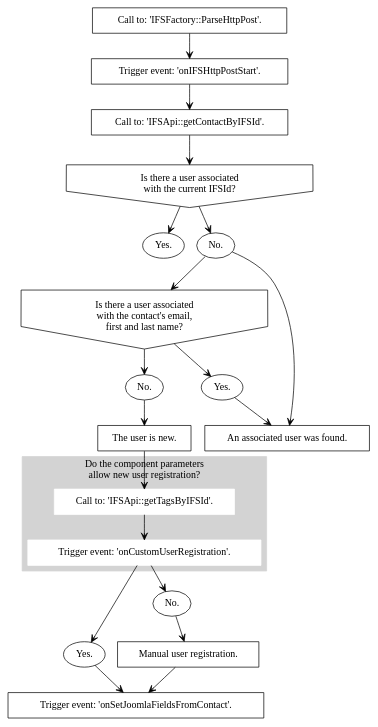
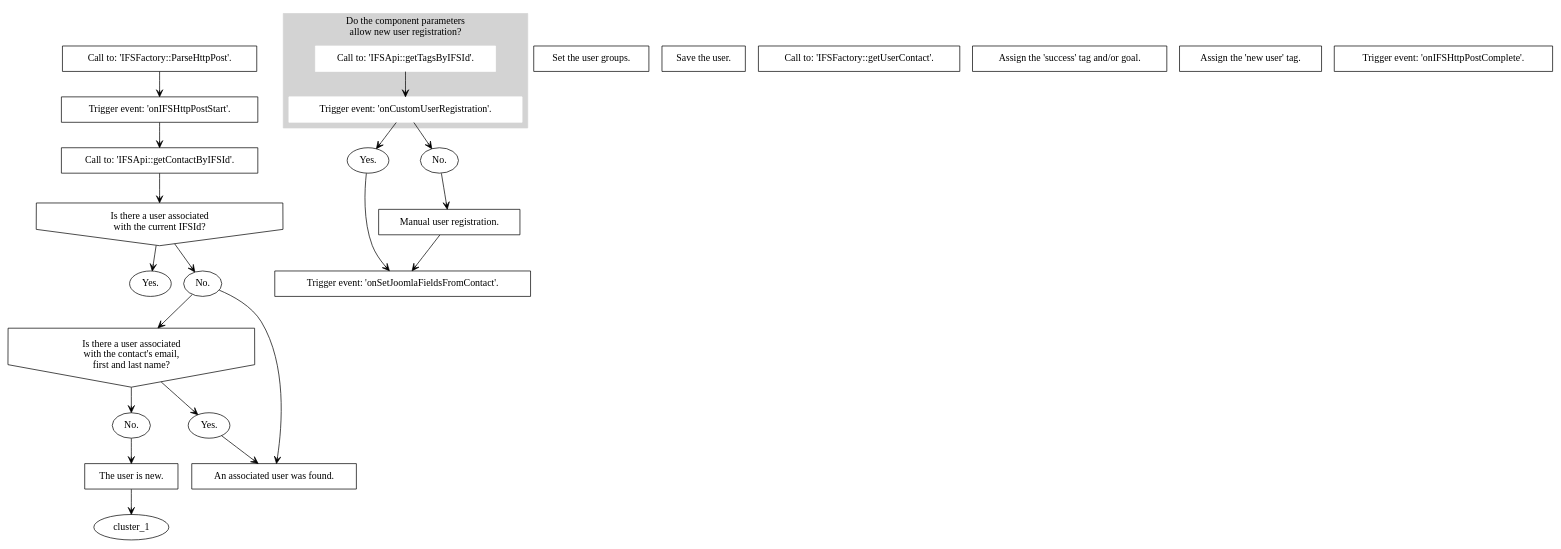
One commit to treste91/JoomFuse changed the diagram in docs/procedures/register_user.rst. Above: the diagram before and after it, drawn with Graphviz.

```diff
--- a/docs/procedures/register_user.rst
+++ b/docs/procedures/register_user.rst
@@ -4,50 +4,56 @@
 .. graphviz::
 
    digraph {
    
       1 [label="Call to: 'IFSFactory::ParseHttpPost'." shape=rectangle]
       2 [label="Trigger event: 'onIFSHttpPostStart'." shape=rectangle]
       3 [label="Call to: 'IFSApi::getContactByIFSId'." shape=rectangle]
       4 [label="Is there a user associated\n with the current IFSId?" shape=invhouse]
       5 [label="Yes." shape=oval]
       6 [label="No." shape=oval]
       7 [label="Is there a user associated\n with the contact's email,\n first and last name?" shape=invhouse]
       8 [label="Yes." shape=oval]
       9 [label="An associated user was found." shape=rectangle]
       10 [label="No." shape=oval]
       11 [label="The user is new." shape=rectangle]
       
       subgraph cluster_1 {
          style=filled;
          color=lightgrey;
 		   node [style=filled,color=white];
          label="Do the component parameters\n allow new user registration?"
          12 [label="Call to: 'IFSApi::getTagsByIFSId'." shape=rectangle]
          13 [label="Trigger event: 'onCustomUserRegistration'." shape=rectangle]
       }
       
       14 [label="Yes." shape=oval]
       15 [label="No." shape=oval]
       16 [label="Manual user registration." shape=rectangle]
-      17 [label="Trigger event: 'onSetJoomlaFieldsFromContact'." shape=rectangle]      
+      17 [label="Trigger event: 'onSetJoomlaFieldsFromContact'." shape=rectangle]
+      18 [label="Set the user groups." shape=rectangle]
+      19 [label="Save the user." shape=rectangle]
+      20 [label="Call to: 'IFSFactory::getUserContact'." shape=rectangle]
+      21 [label="Assign the 'success' tag and/or goal." shape=rectangle]
+      22 [label="Assign the 'new user' tag." shape=rectangle]
+      23 [label="Trigger event: 'onIFSHttpPostComplete'." shape=rectangle]
       
       
       1 -> 2 [arrowhead=vee arrowsize=1]
       2 -> 3 [arrowhead=vee arrowsize=1]
       3 -> 4 [arrowhead=vee arrowsize=1]
       4 -> 5 [arrowhead=vee arrowsize=1]
       4 -> 6 [arrowhead=vee arrowsize=1]
       6 -> 7 [arrowhead=vee arrowsize=1]
       7 -> 8 [arrowhead=vee arrowsize=1]
       8 -> 9 [arrowhead=vee arrowsize=1]
       6 -> 9 [arrowhead=vee arrowsize=1]
       7 -> 10 [arrowhead=vee arrowsize=1]
       10 -> 11 [arrowhead=vee arrowsize=1]
-      11 -> 12 [arrowhead=vee arrowsize=1]
+      11 -> cluster_1 [arrowhead=vee arrowsize=1]
       12 -> 13 [arrowhead=vee arrowsize=1]
       13 -> 14 [arrowhead=vee arrowsize=1]
       13 -> 15 [arrowhead=vee arrowsize=1]
       15 -> 16 [arrowhead=vee arrowsize=1]
       16 -> 17 [arrowhead=vee arrowsize=1]
       14 -> 17 [arrowhead=vee arrowsize=1]
    }
```
